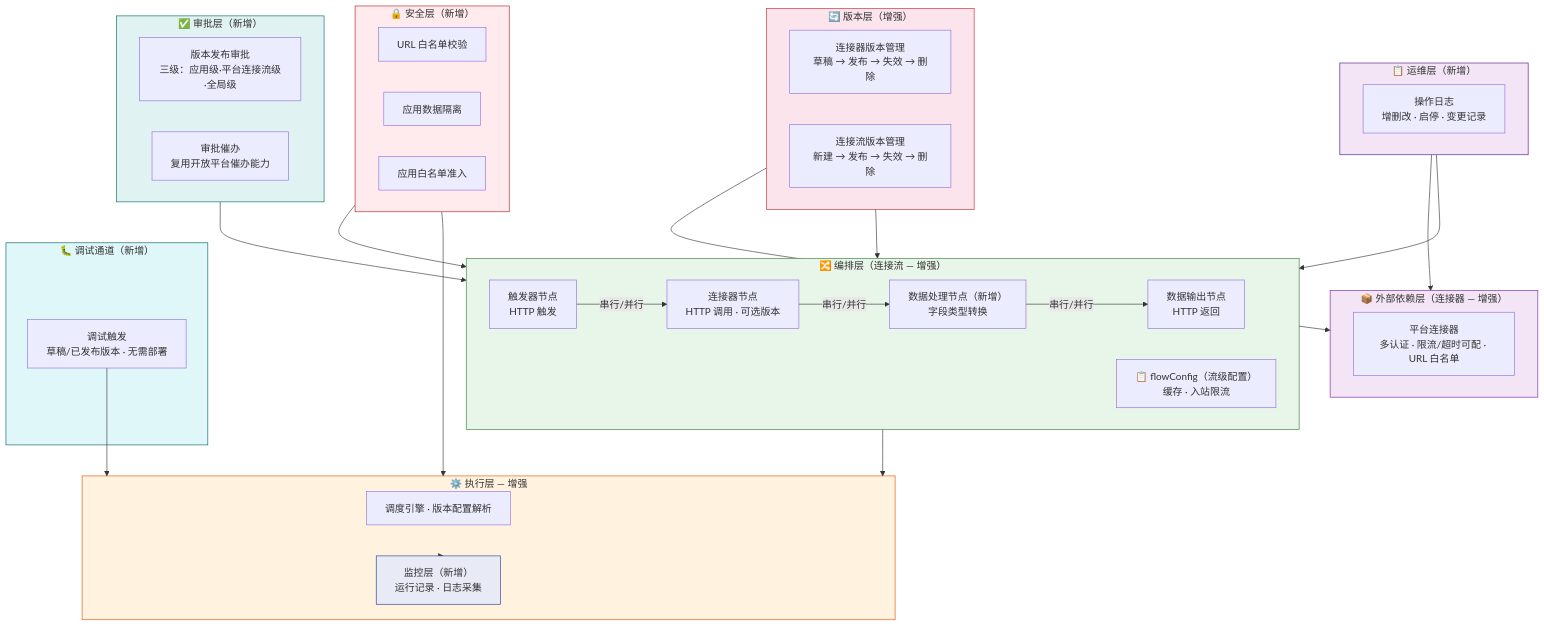
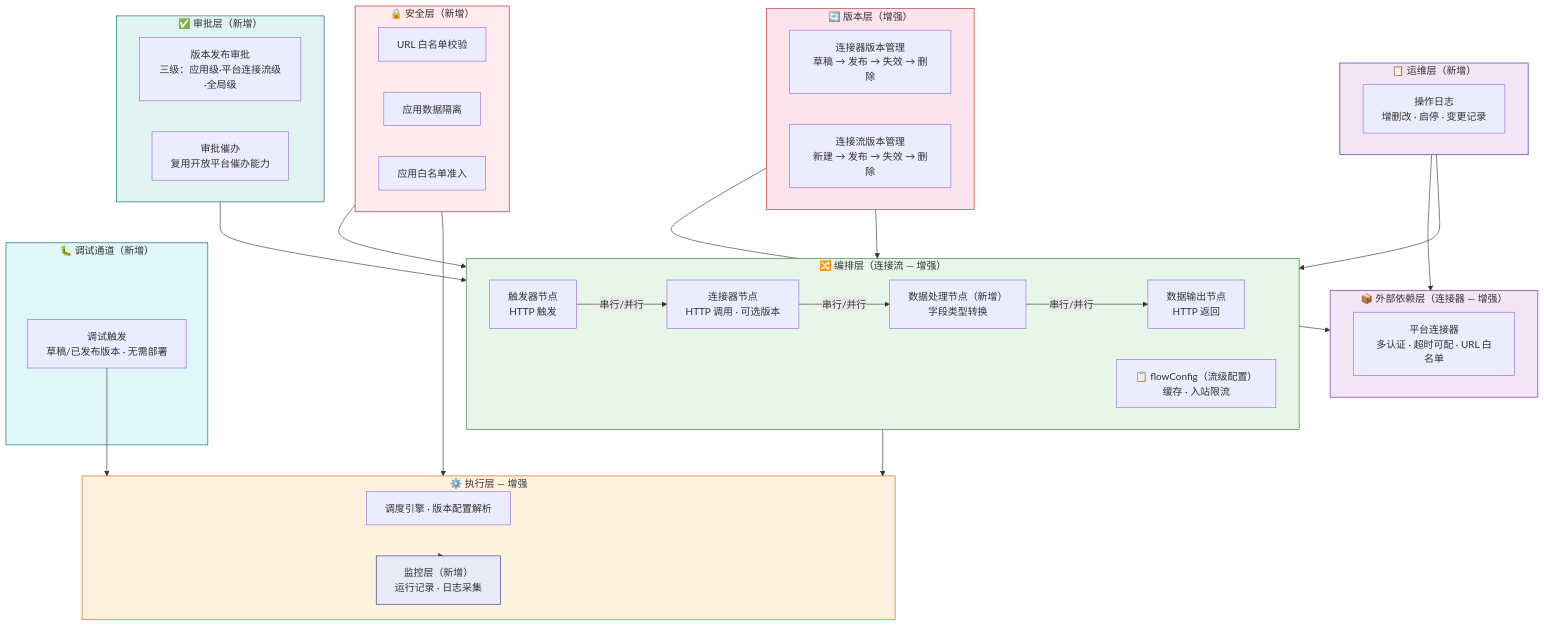
The first of 6 diagrams in .sddu/specs-tree-root/specs-tree-connector-platform-v2/spec.md (THZSummer/open-app), drawn with Mermaid before and after one commit. The commit also changed other lines of this file, not shown here.

````diff
--- a/.sddu/specs-tree-root/specs-tree-connector-platform-v2/spec.md
+++ b/.sddu/specs-tree-root/specs-tree-connector-platform-v2/spec.md
@@ -44,67 +44,67 @@
 ```mermaid
 graph TB
     subgraph Ver["🔄 版本层（增强）"]
         CV["连接器版本管理\n草稿 → 发布 → 失效 → 删除"]
         FV["连接流版本管理\n新建 → 发布 → 失效 → 删除"]
     end
 
     subgraph Dep["📦 外部依赖层（连接器 — 增强）"]
-        Conn["平台连接器\n多认证 · 限流/超时可配 · URL 白名单"]
+        Conn["平台连接器\n多认证 · 超时可配 · URL 白名单"]
     end
 
     subgraph Flow["🔀 编排层（连接流 — 增强）"]
         EN["触发器节点\nHTTP 触发"]
         CN["连接器节点\nHTTP 调用 · 可选版本"]
         PN["数据处理节点（新增）\n字段类型转换"]
         EX["数据输出节点\nHTTP 返回"]
         EN -->|串行/并行| CN
         CN -->|串行/并行| PN
         PN -->|串行/并行| EX
         FC["📋 flowConfig（流级配置）\n缓存 · 入站限流"]
     end
 
     subgraph RT["⚙️ 执行层 — 增强"]
         R["调度引擎 · 版本配置解析"]
         M["监控层（新增）\n运行记录 · 日志采集"]
     end
 
     subgraph Sec["🔒 安全层（新增）"]
         WL["URL 白名单校验"]
         ISO["应用数据隔离"]
         AWL["应用白名单准入"]
     end
 
     subgraph Appr["✅ 审批层（新增）"]
         DA["版本发布审批\n三级：应用级·平台连接流级·全局级"]
         UR["审批催办\n复用开放平台催办能力"]
     end
 
     subgraph DBG["🐛 调试通道（新增）"]
         DRAFT["调试触发\n草稿/已发布版本 · 无需部署"]
     end
 
     subgraph Ops["📋 运维层（新增）"]
         LOG["操作日志\n增删改 · 启停 · 变更记录"]
     end
 
     Ver --> Dep
     Ver --> Flow
     Flow --> RT
     RT --> M
     Sec --> Flow
     Sec --> RT
     Appr --> Flow
     DRAFT --> RT
     Ops --> Dep
     Ops --> Flow
 
     style Ver fill:#fce4ec,stroke:#c62828
     style Dep fill:#f3e5f5,stroke:#7b1fa2
     style Flow fill:#e8f5e9,stroke:#2e7d32
     style RT fill:#fff3e0,stroke:#e65100
     style M fill:#e8eaf6,stroke:#283593
     style Sec fill:#ffebee,stroke:#b71c1c
     style Appr fill:#e0f2f1,stroke:#00695c
     style DBG fill:#e0f7fa,stroke:#006064
     style Ops fill:#f3e5f5,stroke:#4a148c
 ```
````
